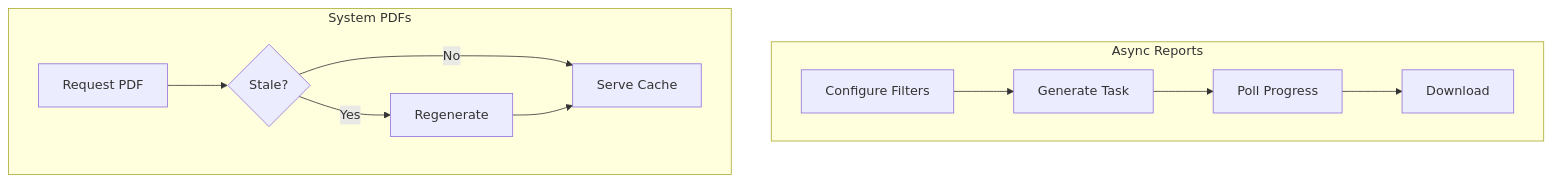
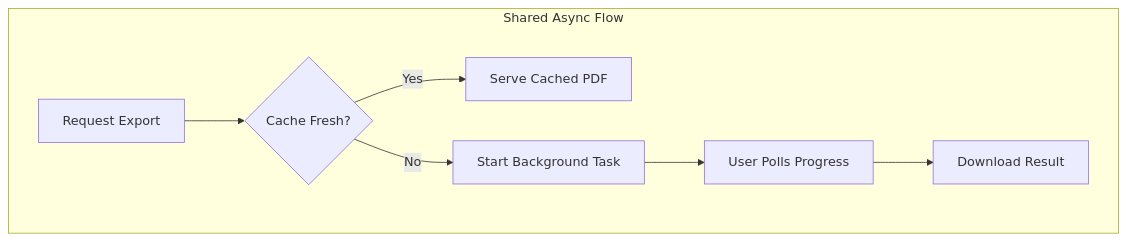
One commit to openTdataCH/stop_sync_osm_atlas changed the diagram in documentation/6.5 Generate Reports and PDFs.md. Above: the diagram before and after it, drawn with Mermaid. The commit also changed other lines of this file and 49 other files, not shown here.

````diff
--- a/documentation/6.5 Generate Reports and PDFs.md
+++ b/documentation/6.5 Generate Reports and PDFs.md
@@ -5,15 +5,10 @@
 ```mermaid
 flowchart TD
-    subgraph Async [Async Reports]
-        C[Configure Filters] --> G[Generate Task]
-        G --> P[Poll Progress]
-        P --> D[Download]
-    end
-
-    subgraph Sync [System PDFs]
-        Req[Request PDF] --> Check{Stale?}
-        Check -->|Yes| Regen[Regenerate]
-        Check -->|No| Serve[Serve Cache]
-        Regen --> Serve
+    subgraph Shared Async Flow
+        R[Request Export] --> C{Cache Fresh?}
+        C -->|Yes| S[Serve Cached PDF]
+        C -->|No| G[Start Background Task]
+        G --> P[User Polls Progress]
+        P --> D[Download Result]
     end
 ```
````
